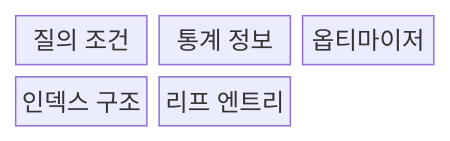
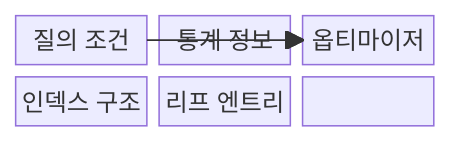
The first of 2 diagrams in src/content/docs/notes/03-software/093_index_structure.md (agnusdei1207/knowledge-base), drawn with Mermaid before and after one commit. The commit also changed other lines of this file and 20 other files, not shown here.

````diff
--- a/src/content/docs/notes/03-software/093_index_structure.md
+++ b/src/content/docs/notes/03-software/093_index_structure.md
@@ -54,9 +61,12 @@
 ```mermaid
-block-beta
+block
   columns 3
   Q["질의 조건"]
   S["통계 정보"]
   O["옵티마이저"]
   I["인덱스 구조"]
   L["리프 엔트리"]
+  Q --> O
+  S --> O
+  O --> I --> L
 ```
````
